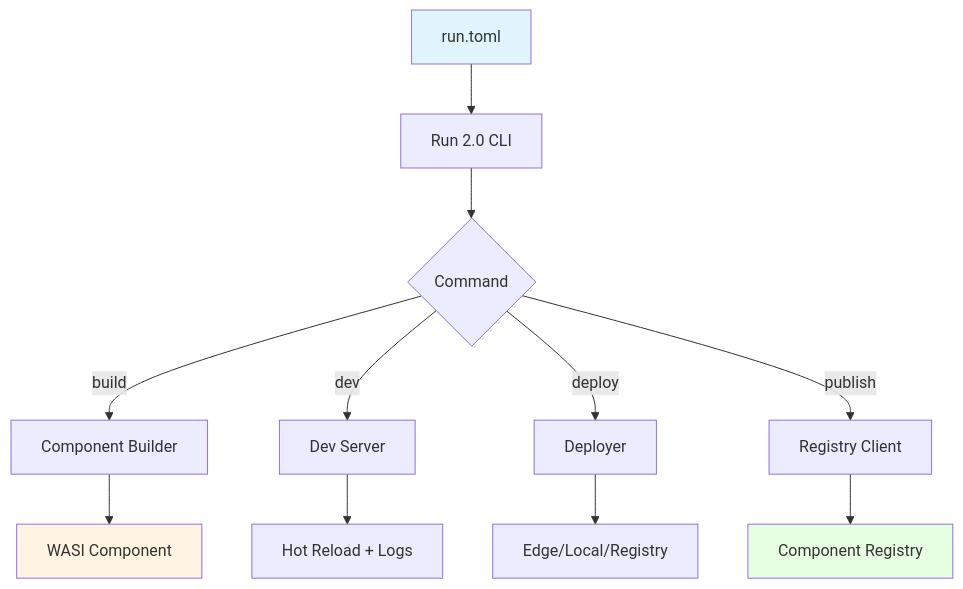
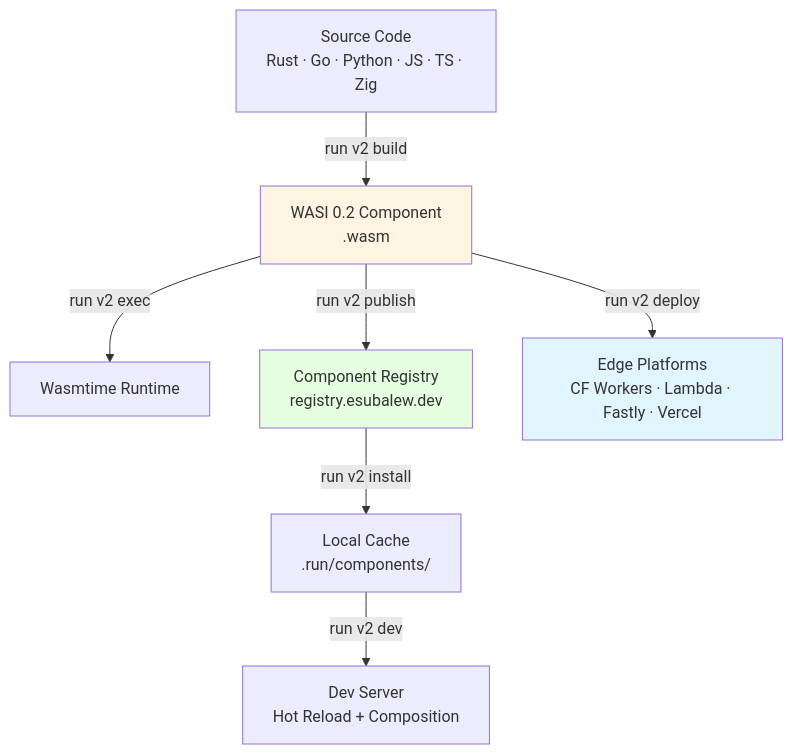
The diagram in docs/v2/index.md (Esubaalew/run-docs), drawn with Mermaid before and after one commit. The commit also changed other lines of this file and 8 other files, not shown here.

````diff
--- a/docs/v2/index.md
+++ b/docs/v2/index.md
@@ -25,18 +46,13 @@
 ```mermaid
 graph TD
-    A[run.toml] --> B[Run 2.0 CLI]
-    B --> C{Command}
-    C -->|build| D[Component Builder]
-    C -->|dev| E[Dev Server]
-    C -->|deploy| F[Deployer]
-    C -->|publish| G[Registry Client]
-    
-    D --> H[WASI Component]
-    E --> I[Hot Reload + Logs]
-    F --> J[Edge/Local/Registry]
-    G --> K[Component Registry]
-    
-    style A fill:#e1f5ff
-    style H fill:#fff4e1
-    style K fill:#e7ffe1
+    A[Source Code<br/>Rust · Go · Python · JS · TS · Zig] -->|run v2 build| B[WASI 0.2 Component<br/>.wasm]
+    B -->|run v2 exec| C[Wasmtime Runtime]
+    B -->|run v2 publish| D[Component Registry<br/>registry.esubalew.dev]
+    D -->|run v2 install| E[Local Cache<br/>.run/components/]
+    E -->|run v2 dev| F[Dev Server<br/>Hot Reload + Composition]
+    B -->|run v2 deploy| G[Edge Platforms<br/>CF Workers · Lambda · Fastly · Vercel]
+
+    style B fill:#fff4e1
+    style D fill:#e7ffe1
+    style G fill:#e1f5ff
 ```
````
